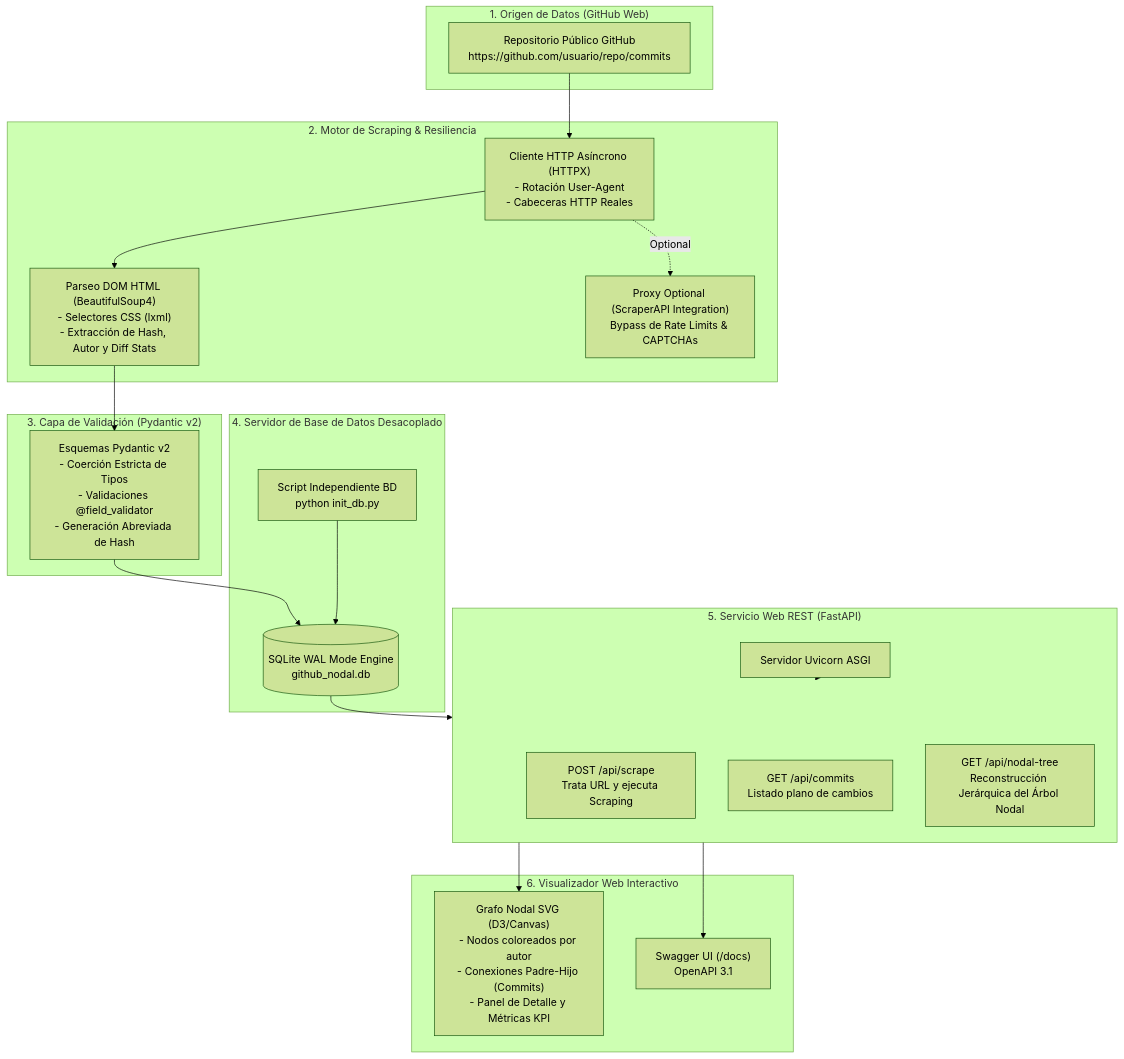
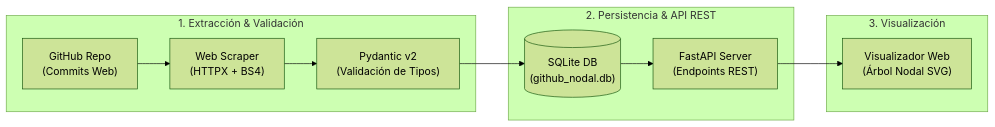
Before and after one commit to carlobeni/LPV2026-2: the diagram in README.md, drawn with Mermaid (forest theme). The commit also changed 1 other file, not shown here.

Commit message:
docs: simplificar diagrama Mermaid de arquitectura en README

````diff
--- a/README.md
+++ b/README.md
@@ -15,44 +15,16 @@
 ```mermaid
-graph TD
-    subgraph GitHub_Web["1. Origen de Datos (GitHub Web)"]
-        GitHubRepo["Repositorio Público GitHub<br/>https://github.com/usuario/repo/commits"]
+flowchart LR
+    subgraph Scraping["1. Extracción & Validación"]
+        GitHub["GitHub Repo<br/>(Commits Web)"] --> Scraper["Web Scraper<br/>(HTTPX + BS4)"]
+        Scraper --> Pydantic["Pydantic v2<br/>(Validación de Tipos)"]
     end
 
-    subgraph Scraping_Engine["2. Motor de Scraping & Resiliencia"]
-        HTTPXClient["Cliente HTTP Asíncrono (HTTPX)<br/>- Rotación User-Agent<br/>- Cabeceras HTTP Reales"]
-        BS4Parser["Parseo DOM HTML (BeautifulSoup4)<br/>- Selectores CSS (lxml)<br/>- Extracción de Hash, Autor y Diff Stats"]
-        ScraperAPIProxy["Proxy Optional (ScraperAPI Integration)<br/>Bypass de Rate Limits & CAPTCHAs"]
+    subgraph Backend["2. Persistencia & API REST"]
+        Pydantic --> DB[("SQLite DB<br/>(github_nodal.db)")]
+        DB --> FastAPI["FastAPI Server<br/>(Endpoints REST)"]
     end
 
-    subgraph Validation_Tier["3. Capa de Validación (Pydantic v2)"]
-        PydanticSchemas["Esquemas Pydantic v2<br/>- Coerción Estricta de Tipos<br/>- Validaciones @field_validator<br/>- Generación Abreviada de Hash"]
+    subgraph Frontend["3. Visualización"]
+        FastAPI --> Visualizer["Visualizador Web<br/>(Árbol Nodal SVG)"]
     end
-
-    subgraph Database_Server["4. Servidor de Base de Datos Desacoplado"]
-        DBEngine[("SQLite WAL Mode Engine<br/>github_nodal.db")]
-        ScriptInit["Script Independiente BD<br/>python init_db.py"]
-    end
-
-    subgraph REST_API["5. Servicio Web REST (FastAPI)"]
-        UvicornServer["Servidor Uvicorn ASGI"]
-        PostScrape["POST /api/scrape<br/>Trata URL y ejecuta Scraping"]
-        GetCommits["GET /api/commits<br/>Listado plano de cambios"]
-        GetTree["GET /api/nodal-tree<br/>Reconstrucción Jerárquica del Árbol Nodal"]
-    end
-
-    subgraph Web_Visualizer["6. Visualizador Web Interactivo"]
-        SVGGraph["Grafo Nodal SVG (D3/Canvas)<br/>- Nodos coloreados por autor<br/>- Conexiones Padre-Hijo (Commits)<br/>- Panel de Detalle y Métricas KPI"]
-        SwaggerDocs["Swagger UI (/docs)<br/>OpenAPI 3.1"]
-    end
-
-    GitHubRepo --> HTTPXClient
-    HTTPXClient --> BS4Parser
-    HTTPXClient -. Optional .-> ScraperAPIProxy
-    BS4Parser --> PydanticSchemas
-    PydanticSchemas --> DBEngine
-    ScriptInit --> DBEngine
-    DBEngine --> REST_API
-    UvicornServer --> REST_API
-    REST_API --> SVGGraph
-    REST_API --> SwaggerDocs
 ```
````
